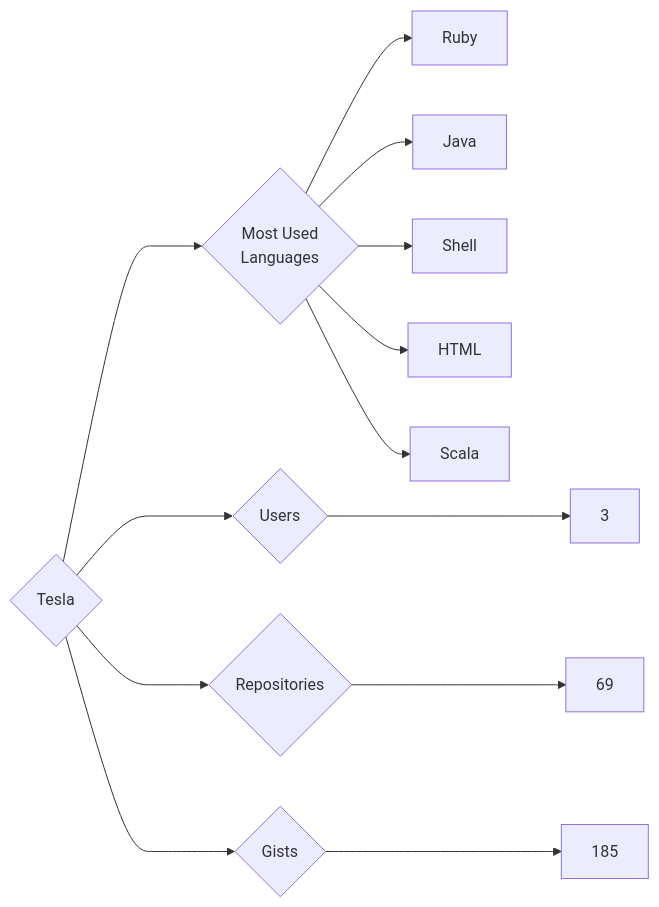
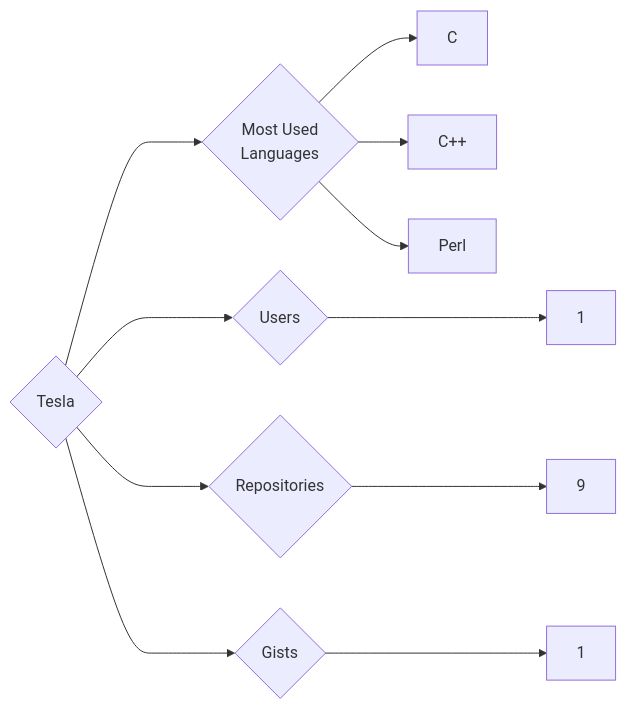
One commit to trickest/insiders changed the diagram in targets/Tesla/README.md. Above: the diagram before and after it, drawn with Mermaid. The commit also changed 597 other files, not shown here.

````diff
--- a/targets/Tesla/README.md
+++ b/targets/Tesla/README.md
@@ -3,13 +3,11 @@
 ```mermaid
 graph LR
 COMPANY_NAME{Tesla}
-COMPANY_NAME ---> U{Users} ---> UN[3]
-COMPANY_NAME ---> R{Repositories} ---> RN[69]
-COMPANY_NAME ---> G{Gists} ---> GN[185]
+COMPANY_NAME ---> U{Users} ---> UN[1]
+COMPANY_NAME ---> R{Repositories} ---> RN[9]
+COMPANY_NAME ---> G{Gists} ---> GN[1]
 COMPANY_NAME ---> ML{Most Used<br>Languages}
-ML --> Ruby[Ruby]
-ML --> Java[Java]
-ML --> Shell[Shell]
-ML --> HTML[HTML]
-ML --> Scala[Scala]
+ML --> C[C]
+ML --> C++[C++]
+ML --> Perl[Perl]
 ```
````
